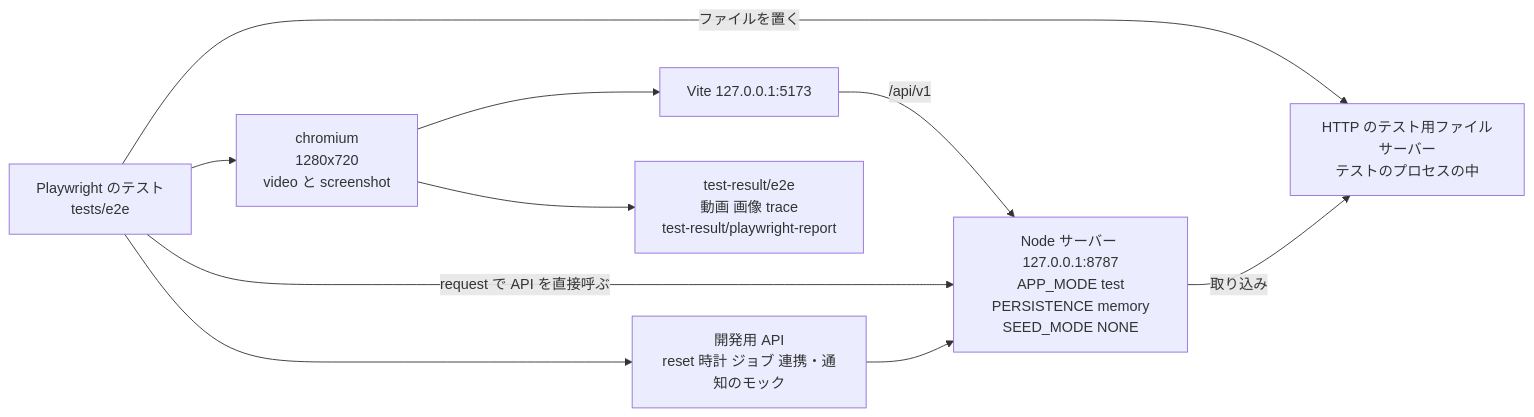
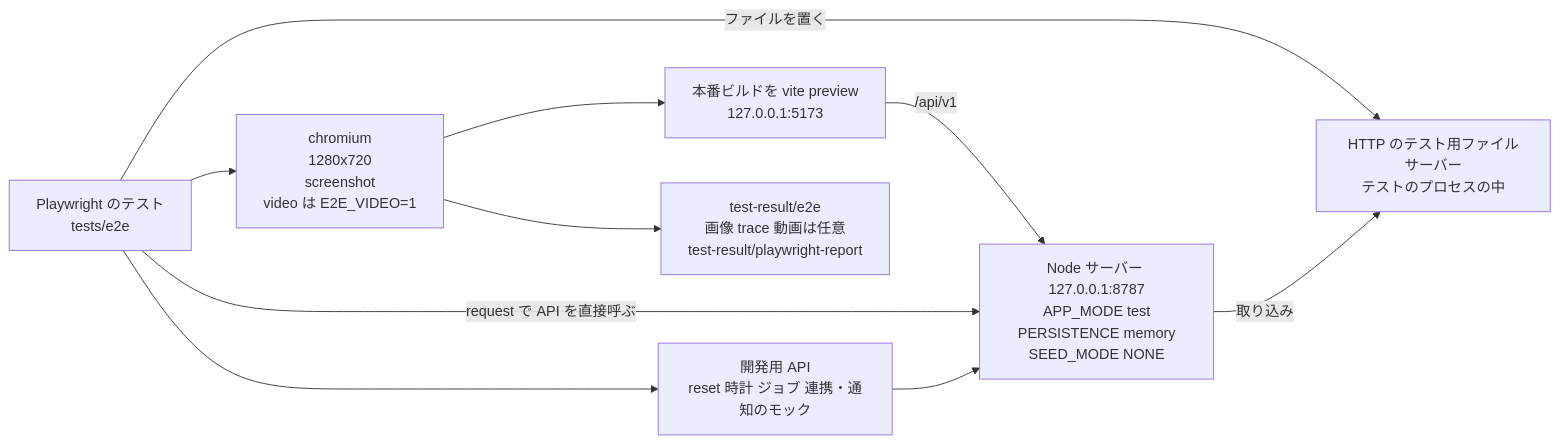
Diagram 46 of 46 in docs/10_design/architecture/as-built.md (NS-APU/smart-farm-monitoring), drawn with Mermaid before and after one commit. The commit also changed other lines of this file and 4 other files, not shown here.

````diff
--- a/docs/10_design/architecture/as-built.md
+++ b/docs/10_design/architecture/as-built.md
@@ -2602,20 +2602,20 @@
 ```mermaid
 flowchart LR
   T["Playwright のテスト<br>tests/e2e"]
-  BR["chromium<br>1280x720<br>video と screenshot"]
-  VITE["Vite 127.0.0.1:5173"]
+  BR["chromium<br>1280x720<br>screenshot<br>video は E2E_VIDEO=1"]
+  VITE["本番ビルドを vite preview<br>127.0.0.1:5173"]
   BE["Node サーバー 127.0.0.1:8787<br>APP_MODE test<br>PERSISTENCE memory<br>SEED_MODE NONE"]
   FS["HTTP のテスト用ファイルサーバー<br>テストのプロセスの中"]
   DEV["開発用 API<br>reset 時計 ジョブ 連携・通知のモック"]
-  OUT["test-result/e2e<br>動画 画像 trace<br>test-result/playwright-report"]
+  OUT["test-result/e2e<br>画像 trace 動画は任意<br>test-result/playwright-report"]
 
   T --> BR
   BR --> VITE
   VITE -->|"/api/v1"| BE
   T -->|"request で API を直接呼ぶ"| BE
   T --> DEV
   DEV --> BE
   T -->|"ファイルを置く"| FS
   BE -->|"取り込み"| FS
   BR --> OUT
 ```
````
